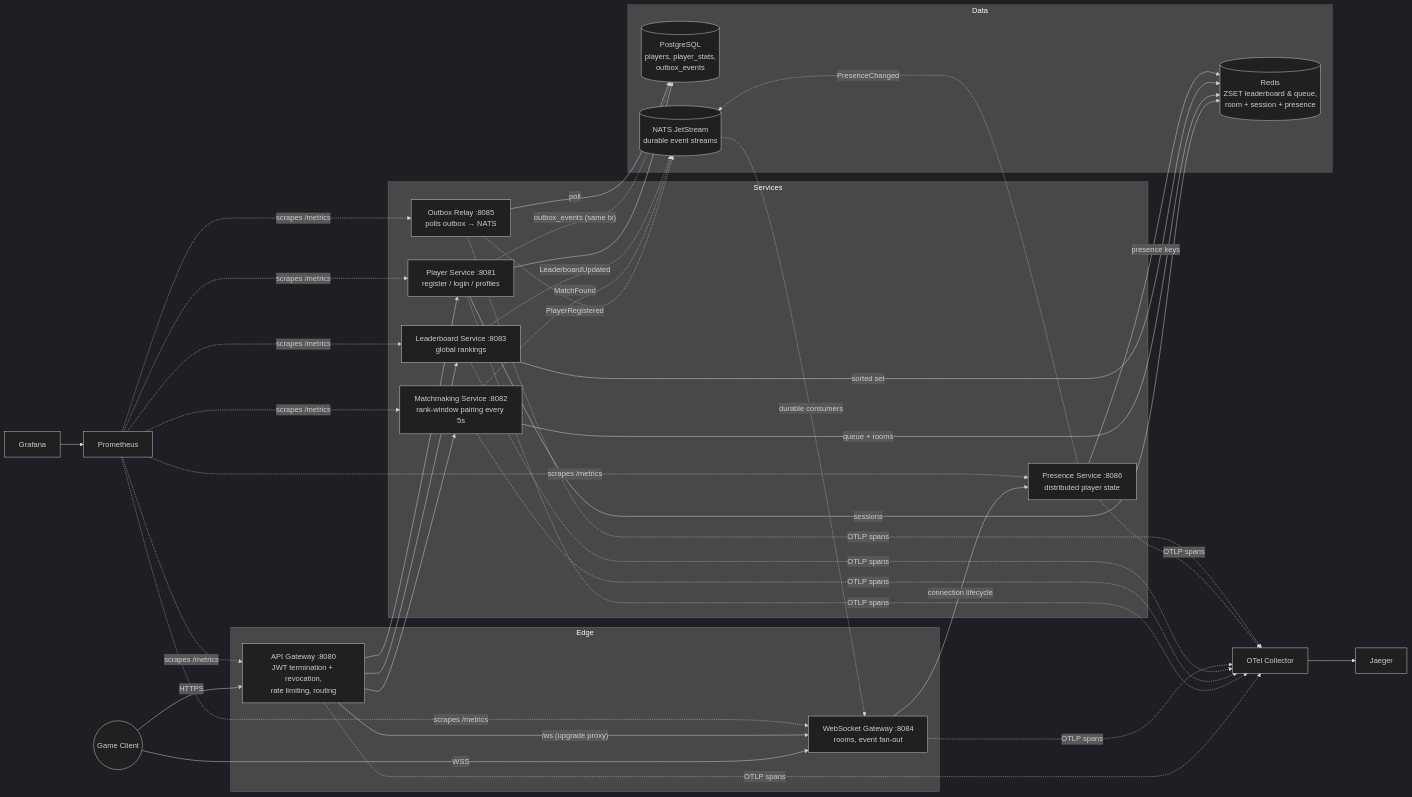
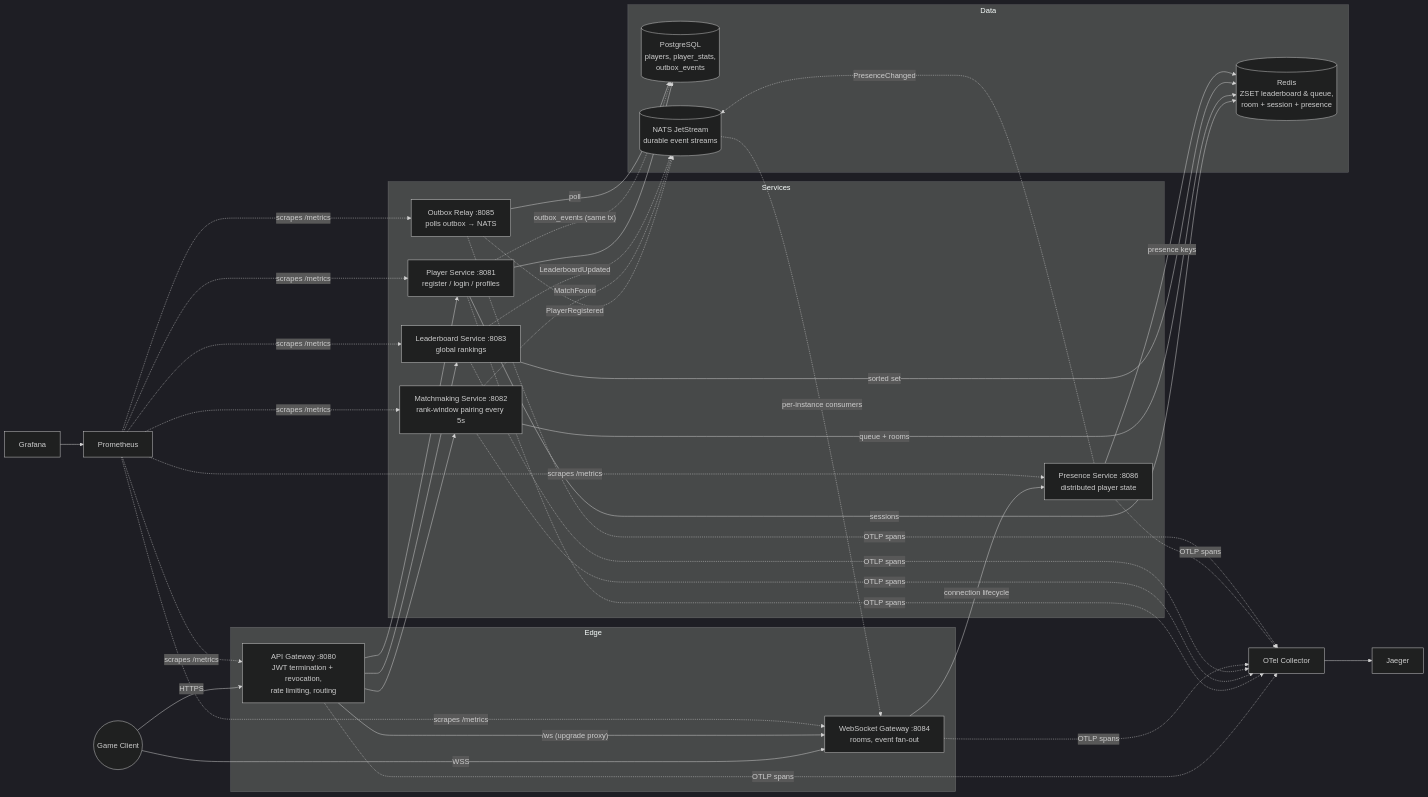
The first of 3 diagrams in README.md (AlpNuhoglu/gamemesh), drawn with Mermaid (dark theme) before and after one commit. The commit also changed other lines of this file, not shown here.

````diff
--- a/README.md
+++ b/README.md
@@ -16,47 +64,47 @@
 ```mermaid
 flowchart LR
     Client(("Game Client"))
 
     subgraph Edge
         GW["API Gateway :8080<br/>JWT termination + revocation,<br/>rate limiting, routing"]
         WS["WebSocket Gateway :8084<br/>rooms, event fan-out"]
     end
 
     subgraph Services
         PL["Player Service :8081<br/>register / login / profiles"]
         MM["Matchmaking Service :8082<br/>rank-window pairing every 5s"]
         LB["Leaderboard Service :8083<br/>global rankings"]
         PR["Presence Service :8086<br/>distributed player state"]
         OR["Outbox Relay :8085<br/>polls outbox → NATS"]
     end
 
     subgraph Data
         PG[("PostgreSQL<br/>players, player_stats,<br/>outbox_events")]
         RD[("Redis<br/>ZSET leaderboard & queue,<br/>room + session + presence")]
         NATS[("NATS JetStream<br/>durable event streams")]
     end
 
     Client -->|HTTPS| GW
     Client -->|WSS| WS
     GW --> PL & MM & LB
     GW -->|"/ws (upgrade proxy)"| WS
     WS -->|connection lifecycle| PR
     PL --> PG
     PL -->|sessions| RD
     MM -->|queue + rooms| RD
     LB -->|sorted set| RD
     PR -->|presence keys| RD
 
     PL -.->|"outbox_events (same tx)"| PG
     OR -->|poll| PG
     OR -.->|PlayerRegistered| NATS
     MM -.->|MatchFound| NATS
     LB -.->|LeaderboardUpdated| NATS
     PR -.->|PresenceChanged| NATS
-    NATS -.->|durable consumers| WS
+    NATS -.->|per-instance consumers| WS
 
     PROM["Prometheus"] -. scrapes /metrics .-> GW & PL & MM & LB & WS & PR & OR
     GRAF["Grafana"] --> PROM
     OTELC["OTel Collector"] --> JG["Jaeger"]
     GW & PL & MM & LB & WS & PR & OR -. OTLP spans .-> OTELC
 ```
````
